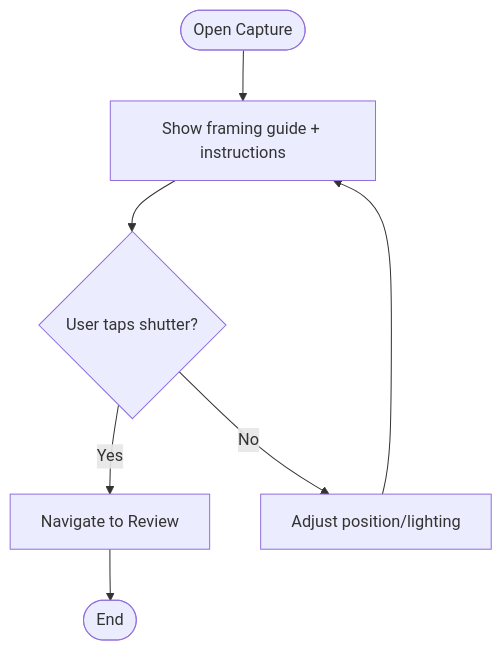
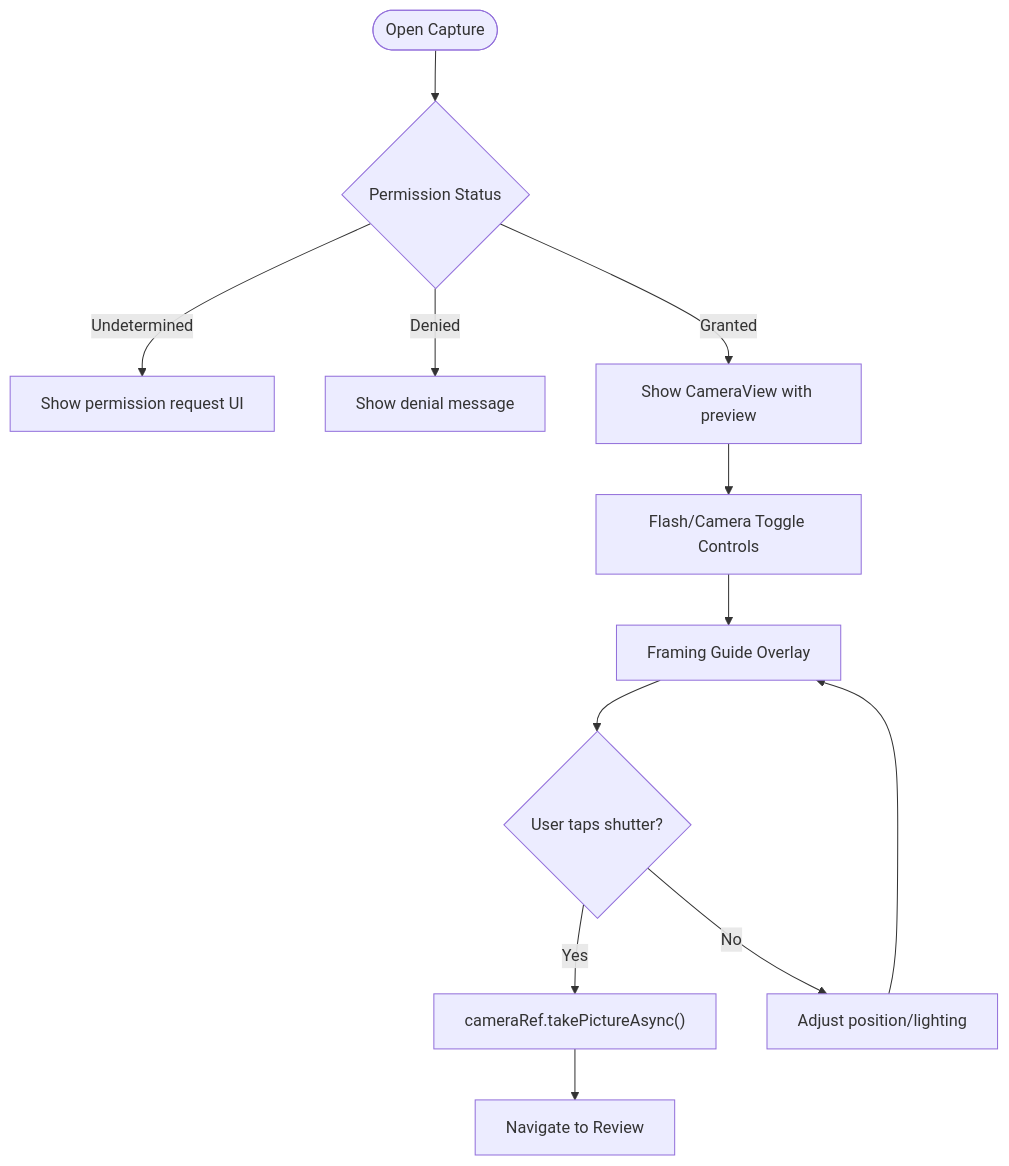
The fourth of 9 diagrams in .qoder/repowiki/en/content/Camera Integration.md (AdeelTahir-SE/DermSight), drawn with Mermaid before and after one commit. The commit also changed other lines of this file and 18 other files, not shown here.

First line of the commit message:
feat(camera): implement production-ready expo-camera integration with real-time preview

````diff
--- a/.qoder/repowiki/en/content/Camera Integration.md
+++ b/.qoder/repowiki/en/content/Camera Integration.md
@@ -156,9 +167,14 @@
 ```mermaid
 flowchart TD
-Enter(["Open Capture"]) --> ShowGuide["Show framing guide + instructions"]
-ShowGuide --> UserAction{"User taps shutter?"}
-UserAction --> |Yes| Navigate["Navigate to Review"]
+Enter(["Open Capture"]) --> CheckPerm{"Permission Status"}
+CheckPerm --> |Undetermined| ShowRequest["Show permission request UI"]
+CheckPerm --> |Denied| ShowError["Show denial message"]
+CheckPerm --> |Granted| ShowCamera["Show CameraView with preview"]
+ShowCamera --> Controls["Flash/Camera Toggle Controls"]
+Controls --> Guide["Framing Guide Overlay"]
+Guide --> UserAction{"User taps shutter?"}
+UserAction --> |Yes| Capture["cameraRef.takePictureAsync()"]
+Capture --> Navigate["Navigate to Review"]
 UserAction --> |No| Adjust["Adjust position/lighting"]
-Adjust --> ShowGuide
-Navigate --> Exit(["End"])
+Adjust --> Guide
 ```
````
